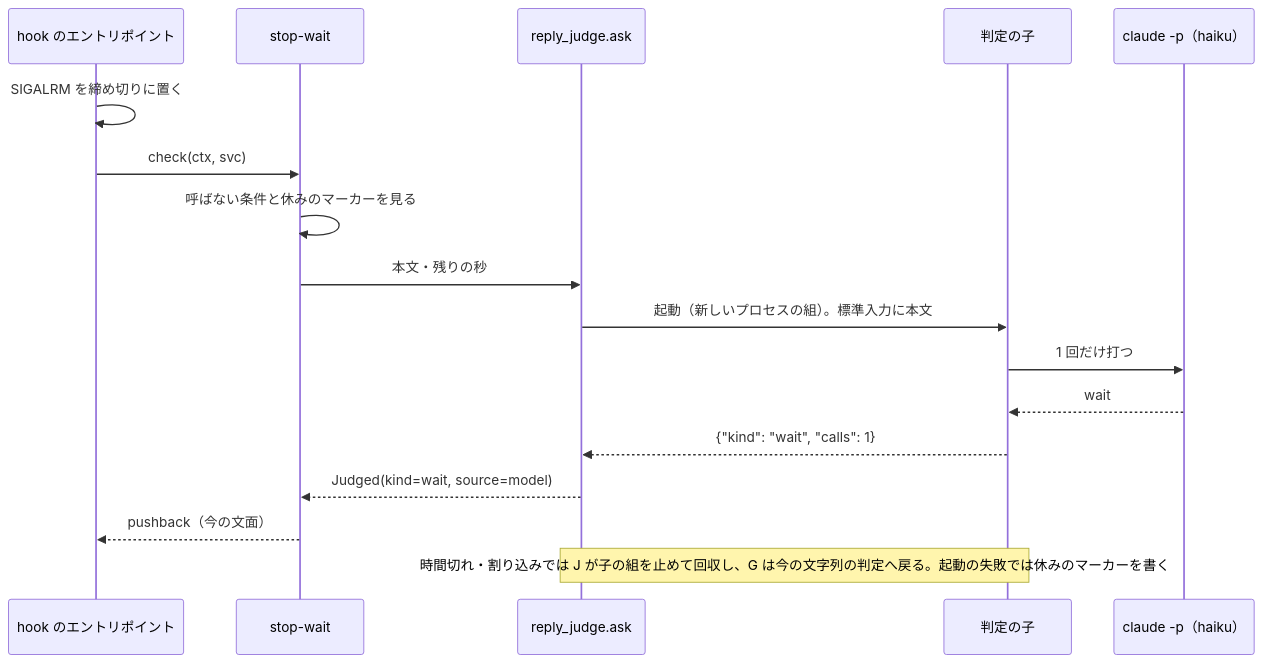
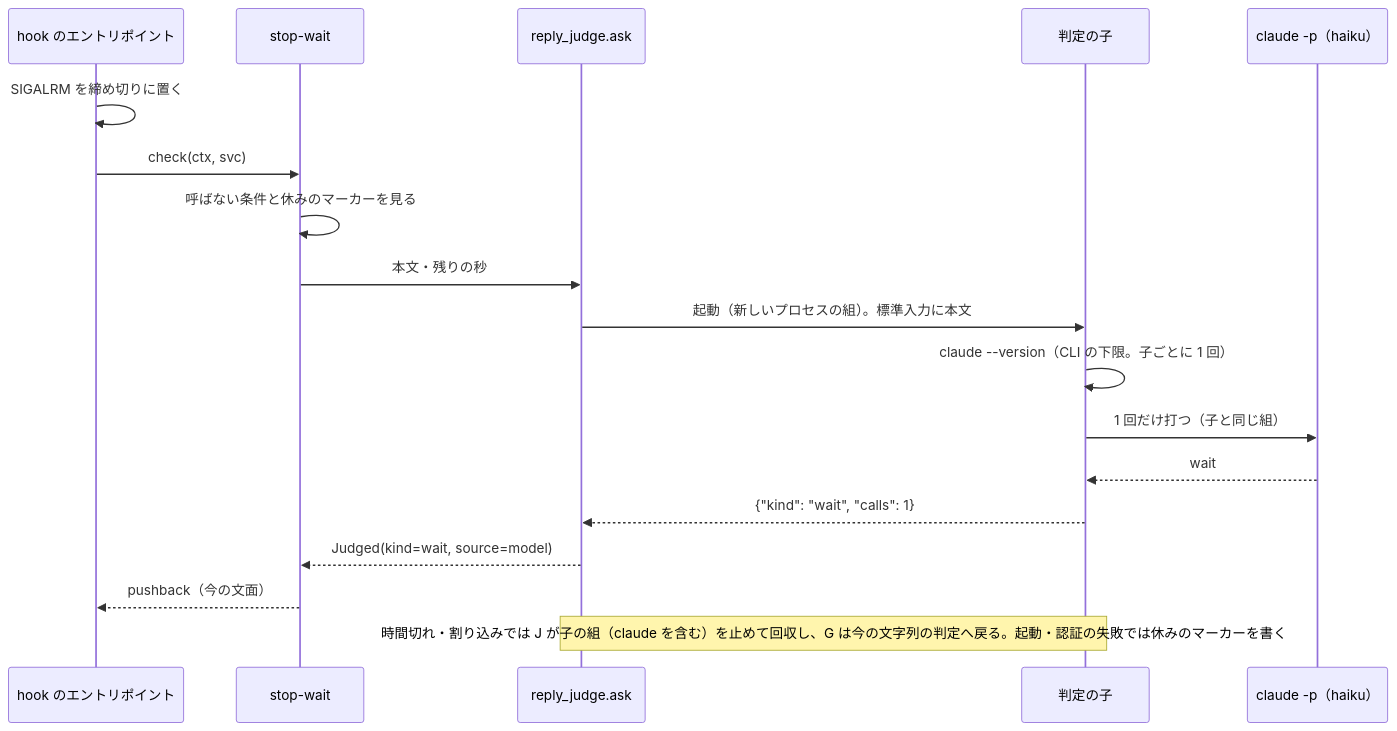
Before and after one commit to devbasex/ai-plugins: the third of 3 diagrams in issues/issue-4000-design.md, drawn with Mermaid. The commit also changed other lines of this file and 1 other file, not shown here.

````diff
--- a/issues/issue-4000-design.md
+++ b/issues/issue-4000-design.md
@@ -88,19 +89,20 @@
 ```mermaid
 sequenceDiagram
   participant M as hook のエントリポイント
   participant G as stop-wait
   participant J as reply_judge.ask
   participant C as 判定の子
   participant L as claude -p（haiku）
   M->>M: SIGALRM を締め切りに置く
   M->>G: check(ctx, svc)
   G->>G: 呼ばない条件と休みのマーカーを見る
   G->>J: 本文・残りの秒
   J->>C: 起動（新しいプロセスの組）。標準入力に本文
-  C->>L: 1 回だけ打つ
+  C->>C: claude --version（CLI の下限。子ごとに 1 回）
+  C->>L: 1 回だけ打つ（子と同じ組）
   L-->>C: wait
   C-->>J: {"kind": "wait", "calls": 1}
   J-->>G: Judged(kind=wait, source=model)
   G-->>M: pushback（今の文面）
-  Note over J,C: 時間切れ・割り込みでは J が子の組を止めて回収し、G は今の文字列の判定へ戻る。起動の失敗では休みのマーカーを書く
+  Note over J,C: 時間切れ・割り込みでは J が子の組（claude を含む）を止めて回収し、G は今の文字列の判定へ戻る。起動・認証の失敗では休みのマーカーを書く
 ```
````
